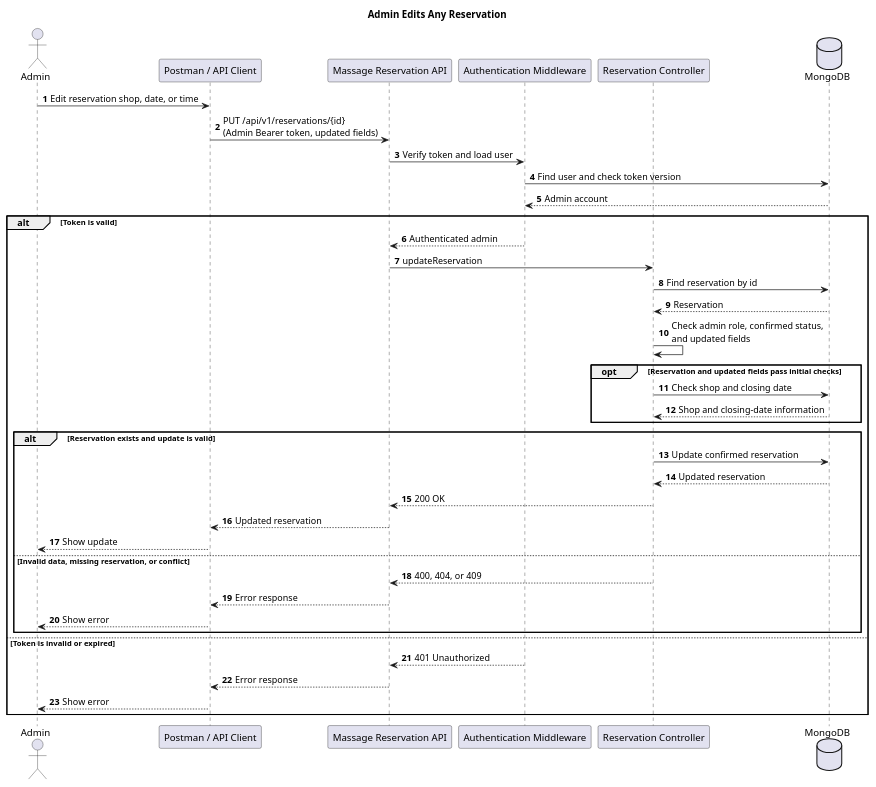
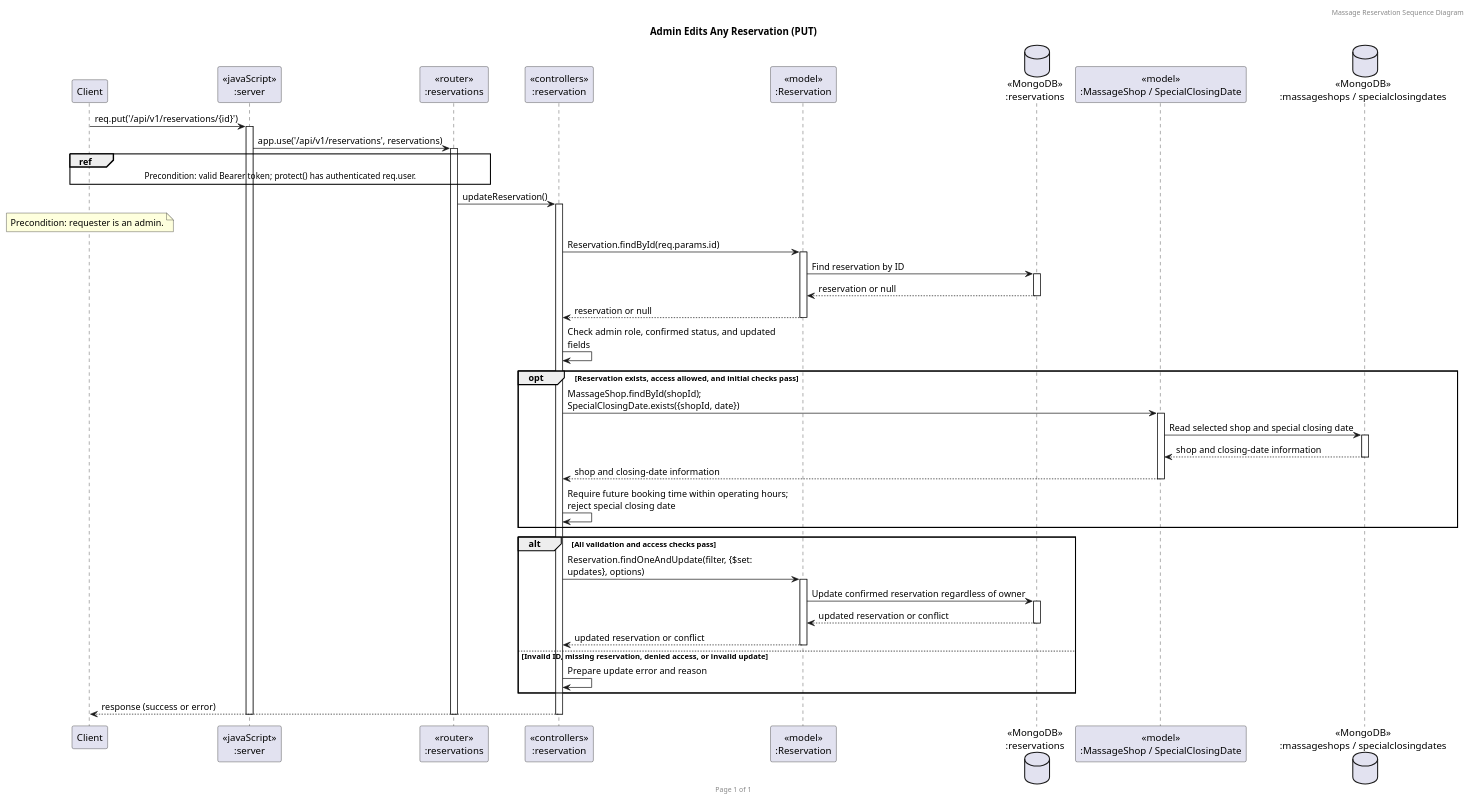
The diagram in docs/diagram/sequence-diagram/specified-requirements/10-admin-edit-reservation.puml (pim3567/SW-DEV-PRAC-Final-Project), drawn with PlantUML before and after one commit. The commit also changed 12 other files, not shown here.

Commit message:
chore: modified sequence diagrams

```diff
--- a/docs/diagram/sequence-diagram/specified-requirements/10-admin-edit-reservation.puml
+++ b/docs/diagram/sequence-diagram/specified-requirements/10-admin-edit-reservation.puml
@@ -1,42 +1,49 @@
 @startuml
-title Admin Edits Any Reservation
-autonumber
-actor Admin
-participant "Postman / API Client" as Client
-participant "Massage Reservation API" as API
-participant "Authentication Middleware" as Auth
-participant "Reservation Controller" as Controller
-database MongoDB as DB
+header Massage Reservation Sequence Diagram
+footer Page %page% of %lastpage%
+skinparam maxMessageSize 320
+title "Admin Edits Any Reservation (PUT)"
 
-Admin -> Client: Edit reservation shop, date, or time
-Client -> API: PUT /api/v1/reservations/{id}\n(Admin Bearer token, updated fields)
-API -> Auth: Verify token and load user
-Auth -> DB: Find user and check token version
-DB --> Auth: Admin account
-alt Token is valid
-    Auth --> API: Authenticated admin
-    API -> Controller: updateReservation
-    Controller -> DB: Find reservation by id
-    DB --> Controller: Reservation
-    Controller -> Controller: Check admin role, confirmed status,\nand updated fields
-    opt Reservation and updated fields pass initial checks
-        Controller -> DB: Check shop and closing date
-        DB --> Controller: Shop and closing-date information
-    end
-    alt Reservation exists and update is valid
-        Controller -> DB: Update confirmed reservation
-        DB --> Controller: Updated reservation
-        Controller --> API: 200 OK
-        API --> Client: Updated reservation
-        Client --> Admin: Show update
-    else Invalid data, missing reservation, or conflict
-        Controller --> API: 400, 404, or 409
-        API --> Client: Error response
-        Client --> Admin: Show error
-    end
-else Token is invalid or expired
-    Auth --> API: 401 Unauthorized
-    API --> Client: Error response
-    Client --> Admin: Show error
+participant "Client" as client
+participant "<<javaScript>>\n:server" as server
+participant "<<router>>\n:reservations" as router
+participant "<<controllers>>\n:reservation" as controller
+participant "<<model>>\n:Reservation" as model
+database "<<MongoDB>>\n:reservations" as db
+participant "<<model>>\n:MassageShop / SpecialClosingDate" as shopModels
+database "<<MongoDB>>\n:massageshops / specialclosingdates" as shopDb
+
+client -> server ++: req.put('/api/v1/reservations/{id}')
+server -> router ++: app.use('/api/v1/reservations', reservations)
+ref over client, router
+    Precondition: valid Bearer token; protect() has authenticated req.user.
+end ref
+router -> controller ++: updateReservation()
+note over client
+    Precondition: requester is an admin.
+end note
+controller -> model ++: Reservation.findById(req.params.id)
+model -> db ++: Find reservation by ID
+db --> model --: reservation or null
+model --> controller --: reservation or null
+controller -> controller: Check admin role, confirmed status, and updated fields
+opt Reservation exists, access allowed, and initial checks pass
+controller -> shopModels ++: MassageShop.findById(shopId); SpecialClosingDate.exists({shopId, date})
+shopModels -> shopDb ++: Read selected shop and special closing date
+shopDb --> shopModels --: shop and closing-date information
+shopModels --> controller --: shop and closing-date information
+    controller -> controller: Require future booking time within operating hours;\nreject special closing date
 end
+alt All validation and access checks pass
+controller -> model ++: Reservation.findOneAndUpdate(filter, {$set: updates}, options)
+model -> db ++: Update confirmed reservation regardless of owner
+db --> model --: updated reservation or conflict
+model --> controller --: updated reservation or conflict
+else Invalid ID, missing reservation, denied access, or invalid update
+    controller -> controller: Prepare update error and reason
+end
+controller --> client --: response (success or error)
+deactivate router
+deactivate server
+
 @enduml
```
